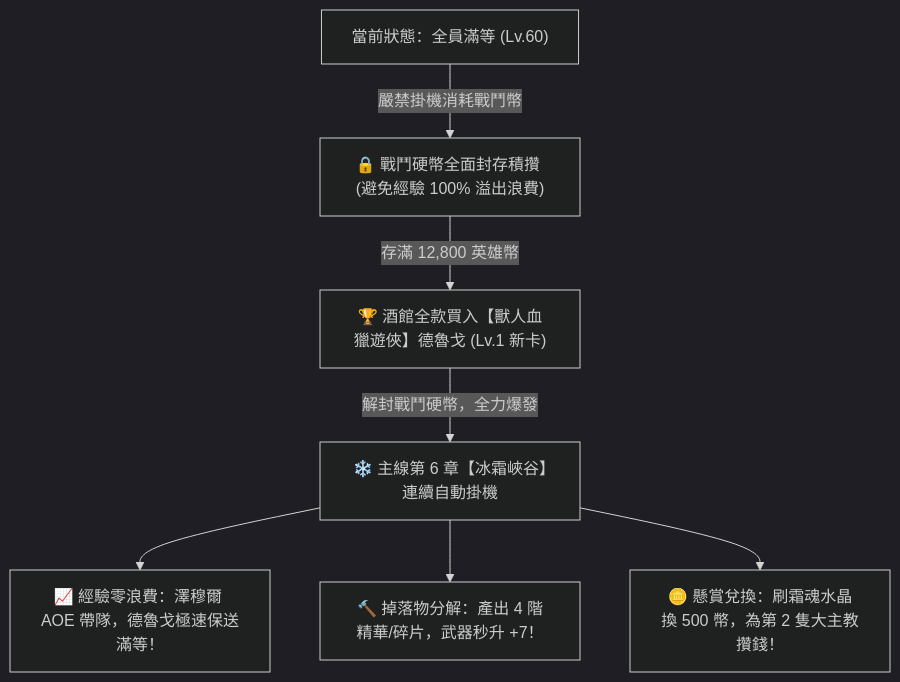
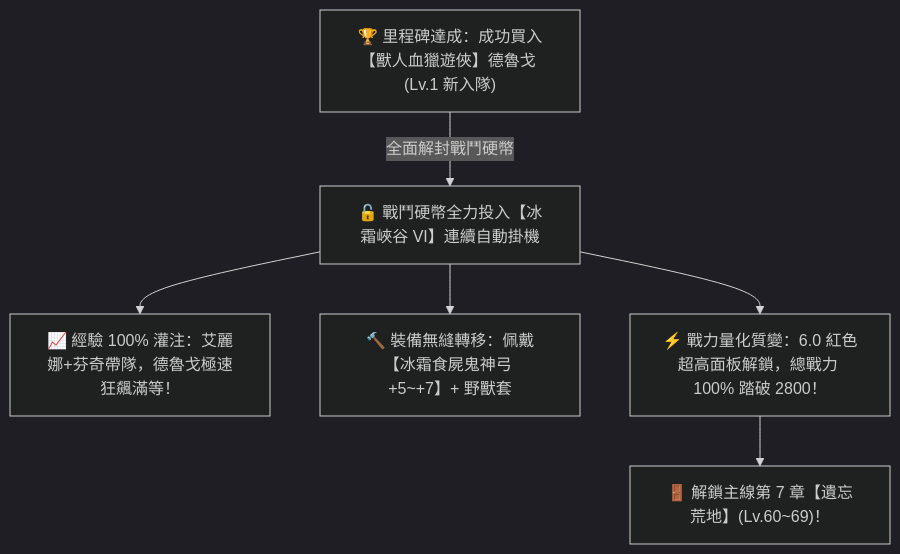
Before and after one commit to alu98753/Blackfire-CV-Autopilot: the eighth of 9 diagrams in meta_data/Game_docs/My_progress/我目前的資訊.md, drawn with Mermaid (dark theme). The commit also changed other lines of this file, not shown here.

````diff
--- a/meta_data/Game_docs/My_progress/我目前的資訊.md
+++ b/meta_data/Game_docs/My_progress/我目前的資訊.md
@@ -391,9 +418,8 @@
 ```mermaid
 graph TD
-    A["當前狀態：全員滿等 (Lv.60)"] -->|嚴禁掛機消耗戰鬥幣| B["🔒 戰鬥硬幣全面封存積攢 (避免經驗 100% 溢出浪費)"]
-    B -->|存滿 12,800 英雄幣| C["🏆 酒館全款買入【獸人血獵遊俠】德魯戈 (Lv.1 新卡)"]
-    C -->|解封戰鬥硬幣，全力爆發| D["❄️ 主線第 6 章【冰霜峽谷】連續自動掛機"]
-    D --> E1["📈 經驗零浪費：澤穆爾 AOE 帶隊，德魯戈極速保送滿等！"]
-    D --> E2["🔨 掉落物分解：產出 4 階精華/碎片，武器秒升 +7！"]
-    D --> E3["🪙 懸賞兌換：刷霜魂水晶換 500 幣，為第 2 隻大主教攢錢！"]
+    A["🏆 里程碑達成：成功買入【獸人血獵遊俠】德魯戈 (Lv.1 新入隊)"] -->|全面解封戰鬥硬幣| B["🔓 戰鬥硬幣全力投入【冰霜峽谷 VI】連續自動掛機"]
+    B --> C1["📈 經驗 100% 灌注：艾麗娜+芬奇帶隊，德魯戈極速狂飆滿等！"]
+    B --> C2["🔨 裝備無縫轉移：佩戴【冰霜食屍鬼神弓 +5~+7】+ 野獸套"]
+    B --> C3["⚡ 戰力量化質變：6.0 紅色超高面板解鎖，總戰力 100% 踏破 2800！"]
+    C3 --> D["🚪 解鎖主線第 7 章【遺忘荒地】(Lv.60~69)！"]
 ```
````
